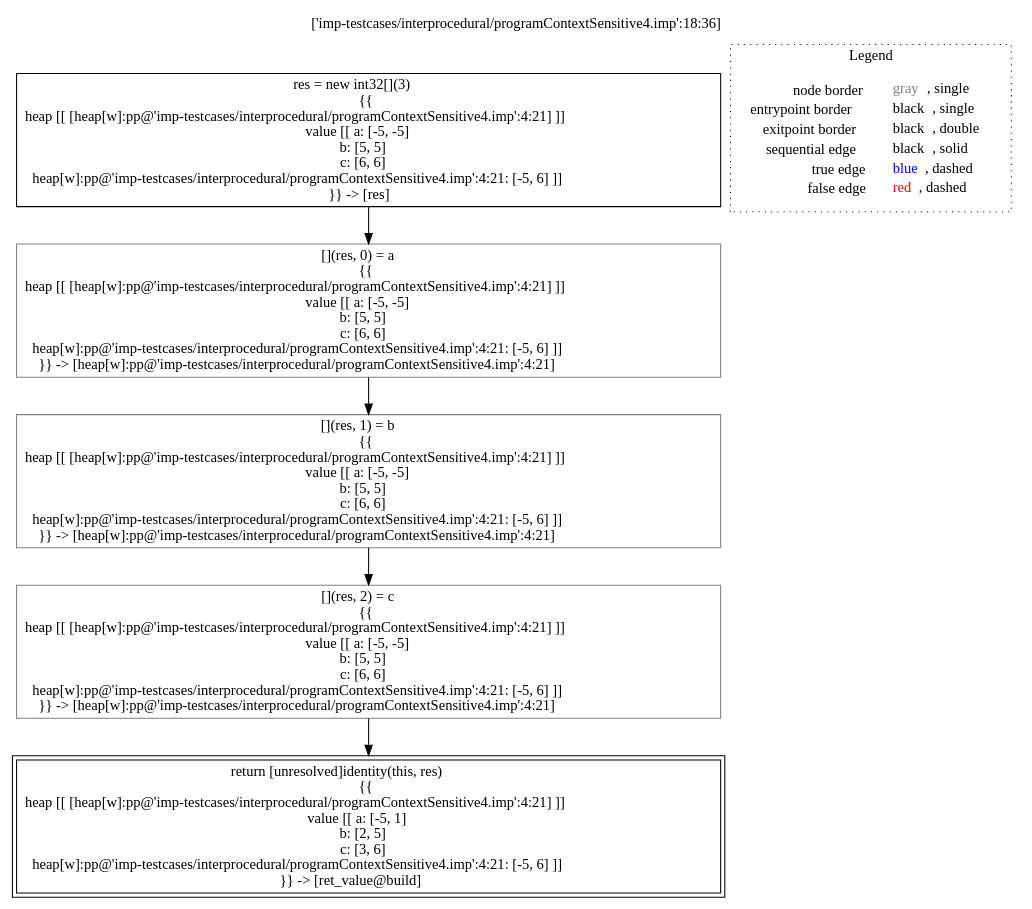
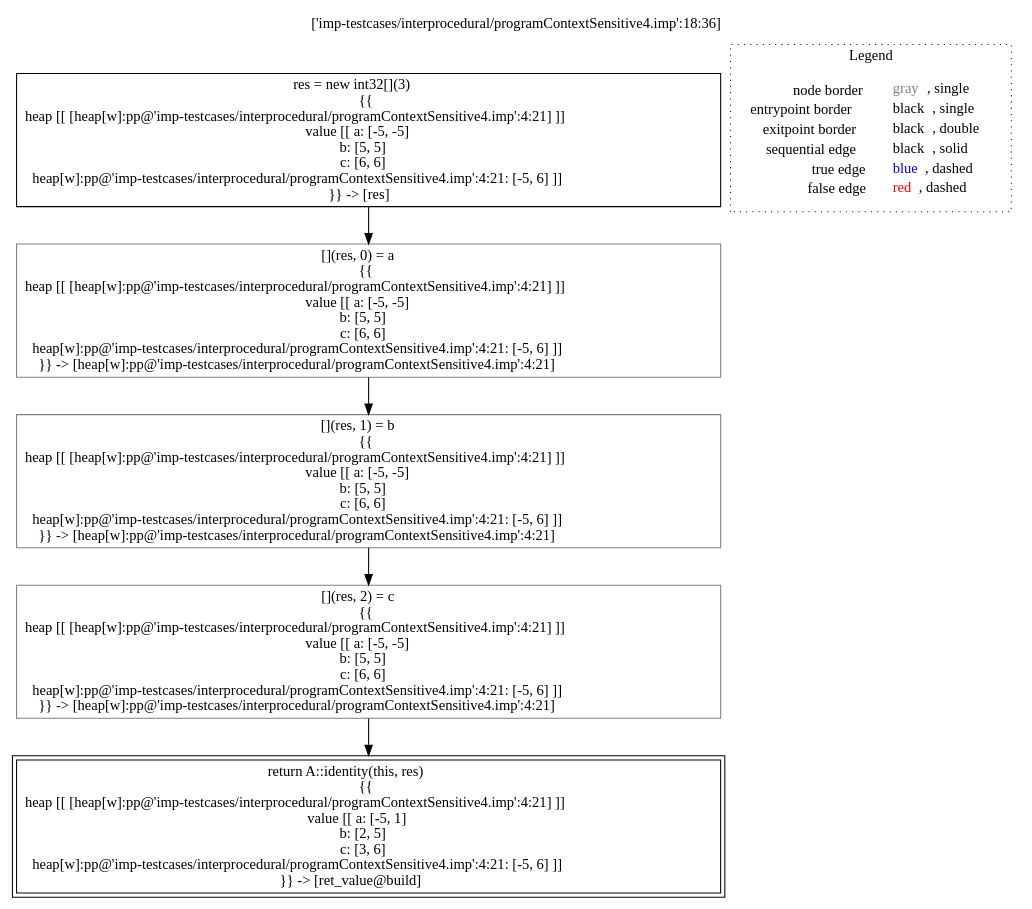
The diagram in lisa/lisa-core/imp-testcases/interprocedural/RTAContextSensitive5/analysis___-2041686398_untyped_A.build(A_this,_untyped_a,_untyped_b,_untyped_c).dot (lisa-analyzer/lisa), drawn with Graphviz before and after one commit. The commit also changed 42 other files, not shown here.

```diff
--- a/lisa/lisa-core/imp-testcases/interprocedural/RTAContextSensitive5/analysis___-2041686398_untyped_A.build(A_this,_untyped_a,_untyped_b,_untyped_c).dot
+++ b/lisa/lisa-core/imp-testcases/interprocedural/RTAContextSensitive5/analysis___-2041686398_untyped_A.build(A_this,_untyped_a,_untyped_b,_untyped_c).dot
@@ -1,20 +1,20 @@
 digraph {
 	labelloc="t";
 	label="['imp-testcases/interprocedural/programContextSensitive4.imp':18:36]";
 	"node0" [shape="rect",color="black",label=<res = new int32[](3)<BR/>{{<BR/>heap [[ [heap[w]:pp@'imp-testcases/interprocedural/programContextSensitive4.imp':4:21] ]]<BR/>value [[ a: [-5, -5]<BR/>b: [5, 5]<BR/>c: [6, 6]<BR/>heap[w]:pp@'imp-testcases/interprocedural/programContextSensitive4.imp':4:21: [-5, 6] ]]<BR/>}} -&gt; [res]>];
-	"node1" [shape="rect",color="gray",label=<[](res, 2) = c<BR/>{{<BR/>heap [[ [heap[w]:pp@'imp-testcases/interprocedural/programContextSensitive4.imp':4:21] ]]<BR/>value [[ a: [-5, -5]<BR/>b: [5, 5]<BR/>c: [6, 6]<BR/>heap[w]:pp@'imp-testcases/interprocedural/programContextSensitive4.imp':4:21: [-5, 6] ]]<BR/>}} -&gt; [heap[w]:pp@'imp-testcases/interprocedural/programContextSensitive4.imp':4:21]>];
-	"node2" [shape="rect",color="black",peripheries="2",label=<return [unresolved]identity(this, res)<BR/>{{<BR/>heap [[ [heap[w]:pp@'imp-testcases/interprocedural/programContextSensitive4.imp':4:21] ]]<BR/>value [[ a: [-5, 1]<BR/>b: [2, 5]<BR/>c: [3, 6]<BR/>heap[w]:pp@'imp-testcases/interprocedural/programContextSensitive4.imp':4:21: [-5, 6] ]]<BR/>}} -&gt; [ret_value@build]>];
+	"node1" [shape="rect",color="gray",label=<[](res, 1) = b<BR/>{{<BR/>heap [[ [heap[w]:pp@'imp-testcases/interprocedural/programContextSensitive4.imp':4:21] ]]<BR/>value [[ a: [-5, -5]<BR/>b: [5, 5]<BR/>c: [6, 6]<BR/>heap[w]:pp@'imp-testcases/interprocedural/programContextSensitive4.imp':4:21: [-5, 6] ]]<BR/>}} -&gt; [heap[w]:pp@'imp-testcases/interprocedural/programContextSensitive4.imp':4:21]>];
+	"node2" [shape="rect",color="black",peripheries="2",label=<return A::identity(this, res)<BR/>{{<BR/>heap [[ [heap[w]:pp@'imp-testcases/interprocedural/programContextSensitive4.imp':4:21] ]]<BR/>value [[ a: [-5, 1]<BR/>b: [2, 5]<BR/>c: [3, 6]<BR/>heap[w]:pp@'imp-testcases/interprocedural/programContextSensitive4.imp':4:21: [-5, 6] ]]<BR/>}} -&gt; [ret_value@build]>];
 	"node3" [shape="rect",color="gray",label=<[](res, 0) = a<BR/>{{<BR/>heap [[ [heap[w]:pp@'imp-testcases/interprocedural/programContextSensitive4.imp':4:21] ]]<BR/>value [[ a: [-5, -5]<BR/>b: [5, 5]<BR/>c: [6, 6]<BR/>heap[w]:pp@'imp-testcases/interprocedural/programContextSensitive4.imp':4:21: [-5, 6] ]]<BR/>}} -&gt; [heap[w]:pp@'imp-testcases/interprocedural/programContextSensitive4.imp':4:21]>];
-	"node4" [shape="rect",color="gray",label=<[](res, 1) = b<BR/>{{<BR/>heap [[ [heap[w]:pp@'imp-testcases/interprocedural/programContextSensitive4.imp':4:21] ]]<BR/>value [[ a: [-5, -5]<BR/>b: [5, 5]<BR/>c: [6, 6]<BR/>heap[w]:pp@'imp-testcases/interprocedural/programContextSensitive4.imp':4:21: [-5, 6] ]]<BR/>}} -&gt; [heap[w]:pp@'imp-testcases/interprocedural/programContextSensitive4.imp':4:21]>];
-	"node1" -> "node2" [color="black"];
-	"node3" -> "node4" [color="black"];
-	"node4" -> "node1" [color="black"];
+	"node4" [shape="rect",color="gray",label=<[](res, 2) = c<BR/>{{<BR/>heap [[ [heap[w]:pp@'imp-testcases/interprocedural/programContextSensitive4.imp':4:21] ]]<BR/>value [[ a: [-5, -5]<BR/>b: [5, 5]<BR/>c: [6, 6]<BR/>heap[w]:pp@'imp-testcases/interprocedural/programContextSensitive4.imp':4:21: [-5, 6] ]]<BR/>}} -&gt; [heap[w]:pp@'imp-testcases/interprocedural/programContextSensitive4.imp':4:21]>];
+	"node1" -> "node4" [color="black"];
 	"node0" -> "node3" [color="black"];
+	"node3" -> "node1" [color="black"];
+	"node4" -> "node2" [color="black"];
 subgraph cluster_legend {
 	label="Legend";
 	style=dotted;
 	node [shape=plaintext];
 	"legend" [label=<<table border="0" cellpadding="2" cellspacing="0" cellborder="0"><tr><td align="right">node border&nbsp;</td><td align="left"><font color="gray">gray</font>, single</td></tr><tr><td align="right">entrypoint border&nbsp;</td><td align="left"><font color="black">black</font>, single</td></tr><tr><td align="right">exitpoint border&nbsp;</td><td align="left"><font color="black">black</font>, double</td></tr><tr><td align="right">sequential edge&nbsp;</td><td align="left"><font color="black">black</font>, solid</td></tr><tr><td align="right">true edge&nbsp;</td><td align="left"><font color="blue">blue</font>, dashed</td></tr><tr><td align="right">false edge&nbsp;</td><td align="left"><font color="red">red</font>, dashed</td></tr></table>>];
 }
 
 }
```
